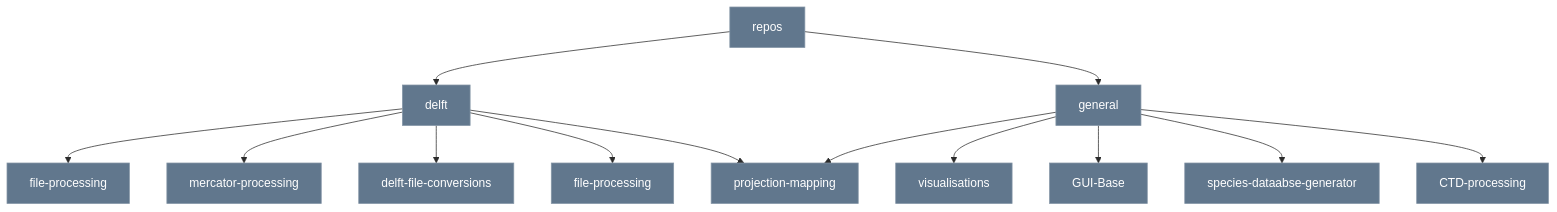
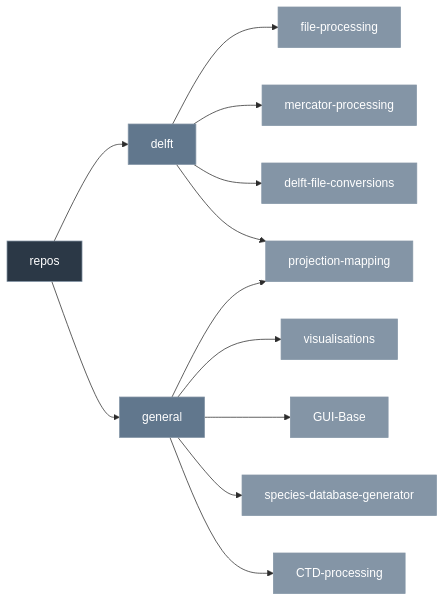
The diagram in profile/README.md (Anchor-Environmental/.github), drawn with Mermaid before and after one commit.

````diff
--- a/profile/README.md
+++ b/profile/README.md
@@ -35,23 +35,26 @@
 ```mermaid
 %%{init: {'theme':'base', 'themeVariables': {
       'primaryColor': '#61778d',
       'primaryTextColor': '#fff',
       'primaryBorderColor': '#8495a6',
       'lineColor': '#2c2c2c',
       'secondaryColor': '#8495a6',
       'tertiaryColor': '#8495a6'
     }}}%%
-graph TD
-  A[repos]-->B[delft]
-  B[delft]-->C[file-processing]
-  B-->J[mercator-processing]
-  B-->E[delft-file-conversions]
-  B-->H[file-processing]
-  B-->D[projection-mapping]
-  A-->F[general]
-  F-->G[visualisations]
-  F-->D[projection-mapping]
-  F-->I[GUI-Base]
-  F-->K[species-dataabse-generator]
-  F-->L[CTD-processing]
+flowchart LR
+  repos:::layer0-->B[delft]:::layer1
+  B[delft]-->C[file-processing]:::layer2
+  B-->J[mercator-processing]:::layer2
+  B-->E[delft-file-conversions]:::layer2
+  B-->D[projection-mapping]:::layer2
+  repos-->F[general]:::layer1
+  F-->G[visualisations]:::layer2
+  F-->D[projection-mapping]:::layer2
+  F-->I[GUI-Base]:::layer2
+  F-->K[species-database-generator]:::layer2
+  F-->L[CTD-processing]:::layer2
+
+ classDef layer0 fill:#2b3846
+ classDef layer1 fill:#61778d
+ classDef layer2 fill:#8495a6
 ```
````
